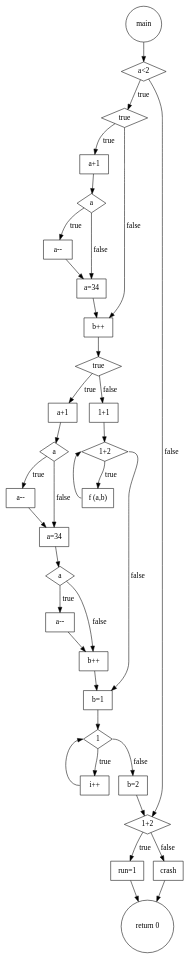
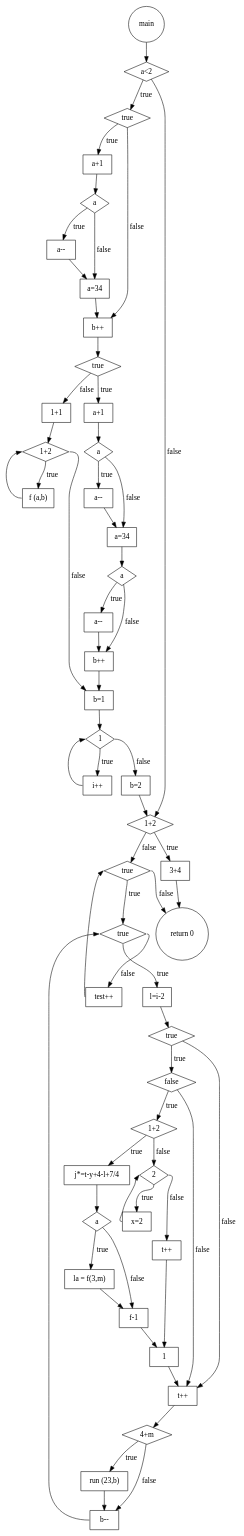
One commit to joshrobo/cs451flowchartGenerator changed the diagram in fchart.dot. Above: the diagram before and after it, drawn with Graphviz. The commit also changed 10 other files, not shown here.

```diff
--- a/fchart.dot
+++ b/fchart.dot
@@ -1,55 +1,91 @@
 digraph {
 node [shape=circle]
 0->1
 0[label = "main"]3->4
 3[label = "a+1", shape = "rectangle"]
 5->6
 5[label = "a--", shape = "rectangle"]
 4->5[label = true]
 4[label = "a", shape = diamond]4->6[label= false]
 6->7
 6[label = "a=34", shape = "rectangle"]
 2->3[label = true]
 2[label = "true", shape = diamond]2->7[label= false]
 7->8
 7[label = "b++", shape = "rectangle"]
 9->10
 9[label = "a+1", shape = "rectangle"]
 11->12
 11[label = "a--", shape = "rectangle"]
 10->11[label = true]
 10[label = "a", shape = diamond]10->12[label= false]
 12->13
 12[label = "a=34", shape = "rectangle"]
 14->15
 14[label = "a--", shape = "rectangle"]
 13->14[label = true]
 13[label = "a", shape = diamond]13->15[label= false]
        15[label = "b++", shape = "rectangle"]
 8->9[label="true"]
 8[label = "true",  shape = "diamond"]16->17
 16[label = "1+1", shape = "rectangle"]
        18[label = "f (a,b)", shape = "rectangle"]
 17:s->18:n[label=true]
 17[label = "1+2", shape=diamond]18:w->17:w
 17[label = "1+2"]17:e->19[label = false]
 8->16[label="false"]
 15->19
 19->20
 19[label = "b=1", shape = "rectangle"]
        21[label = "i++", shape = "rectangle"]
 20:s->21:n[label=true]
 20[label = "1", shape=diamond]21:w->20:w
 20[label = "1"]20:e->22[label = false]
 22->23
 22[label = "b=2", shape = "rectangle"]
 1->2[label = true]
 1[label = "a<2", shape = diamond]1->23[label= false]
-       24[label = "run=1", shape = "rectangle"]
+       24[label = "3+4", shape = "rectangle"]
 23->24[label="true"]
-23[label = "1+2",  shape = "diamond"]25->26
-25[label = "crash", shape = "rectangle"]
+23[label = "1+2",  shape = "diamond"]27->28
+27[label = "l=i-2", shape = "rectangle"]
+31->32
+31[label = "j*=t-y+4-l+7/4", shape = "rectangle"]
+33->34
+33[label = "la = f(3,m)", shape = "rectangle"]
+32->33[label = true]
+32[label = "a", shape = diamond]32->34[label= false]
+       34[label = "f-1", shape = "rectangle"]
+30->31[label="true"]
+30[label = "1+2",  shape = "diamond"]       36[label = "x=2", shape = "rectangle"]
+35:s->36:n[label=true]
+35[label = "2", shape=diamond]36:w->35:w
+35[label = "2"]35:e->37[label = false]
+37->38
+37[label = "t++", shape = "rectangle"]
+30->35[label="false"]
+34->38
+       38[label = "1", shape = "rectangle"]
+29->30[label = true]
+29[label = "false", shape = diamond]29->39[label= false]
+28->29[label="true"]
+28[label = "true",  shape = "diamond"]28->39[label="false"]
+38->39
+39->40
+39[label = "t++", shape = "rectangle"]
+41->42
+41[label = "run (23,b)", shape = "rectangle"]
+40->41[label = true]
+40[label = "4+m", shape = diamond]40->42[label= false]
+       42[label = "b--", shape = "rectangle"]
+26:s->27:n[label=true]
+26[label = "true", shape=diamond]42:w->26:w
+26[label = "true"]26:e->43[label = false]
+       43[label = "test++", shape = "rectangle"]
+25:s->26:n[label=true]
+25[label = "true", shape=diamond]43:w->25:w
+25[label = "true"]25:e->44[label = false]
 23->25[label="false"]
-24->26
-26[label = "return 0", shape = "circle"]
+24->44
+44[label = "return 0", shape = "circle"]
 }
```
